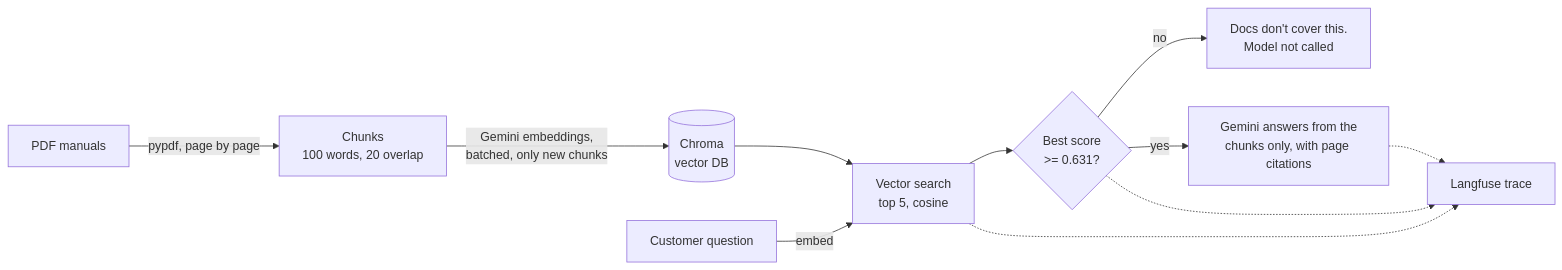
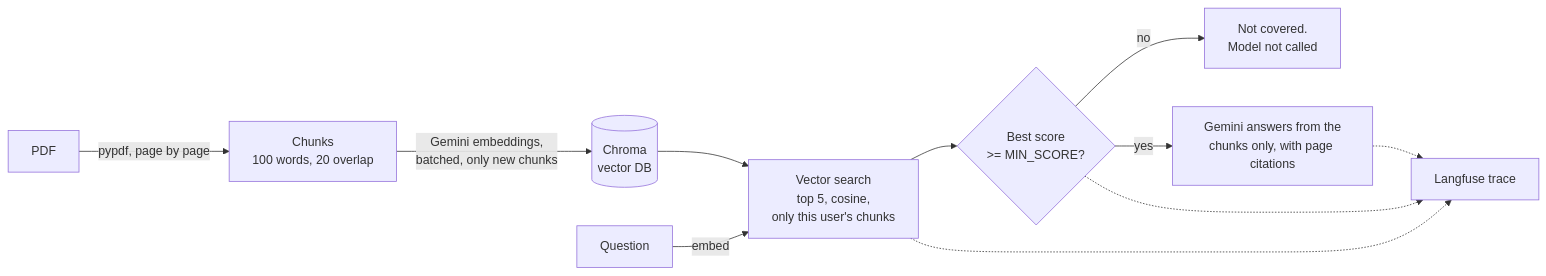
The second of 2 diagrams in README.md (TejpalSandhu/support-rag-assistant), drawn with Mermaid before and after one commit. The commit also changed other lines of this file and 11 other files, not shown here.

Commit message:
Per-user traces and metrics: Langfuse user and chat sessions, owner-only Everyone view, feedback only on your own answers; rewrite README

````diff
--- a/README.md
+++ b/README.md
@@ -29,13 +48,13 @@
 ```mermaid
 flowchart LR
-    A[PDF manuals] -->|pypdf, page by page| B[Chunks<br/>100 words, 20 overlap]
+    A[PDF] -->|pypdf, page by page| B[Chunks<br/>100 words, 20 overlap]
     B -->|Gemini embeddings,<br/>batched, only new chunks| C[(Chroma<br/>vector DB)]
-    Q[Customer question] -->|embed| D[Vector search<br/>top 5, cosine]
+    Q[Question] -->|embed| D[Vector search<br/>top 5, cosine,<br/>only this user's chunks]
     C --> D
-    D --> E{Best score<br/>>= 0.631?}
-    E -->|no| F[Docs don't cover this.<br/>Model not called]
+    D --> E{Best score<br/>>= MIN_SCORE?}
+    E -->|no| F[Not covered.<br/>Model not called]
     E -->|yes| G[Gemini answers from the<br/>chunks only, with page citations]
     D -.-> L[Langfuse trace]
     E -.-> L
     G -.-> L
 ```
````
